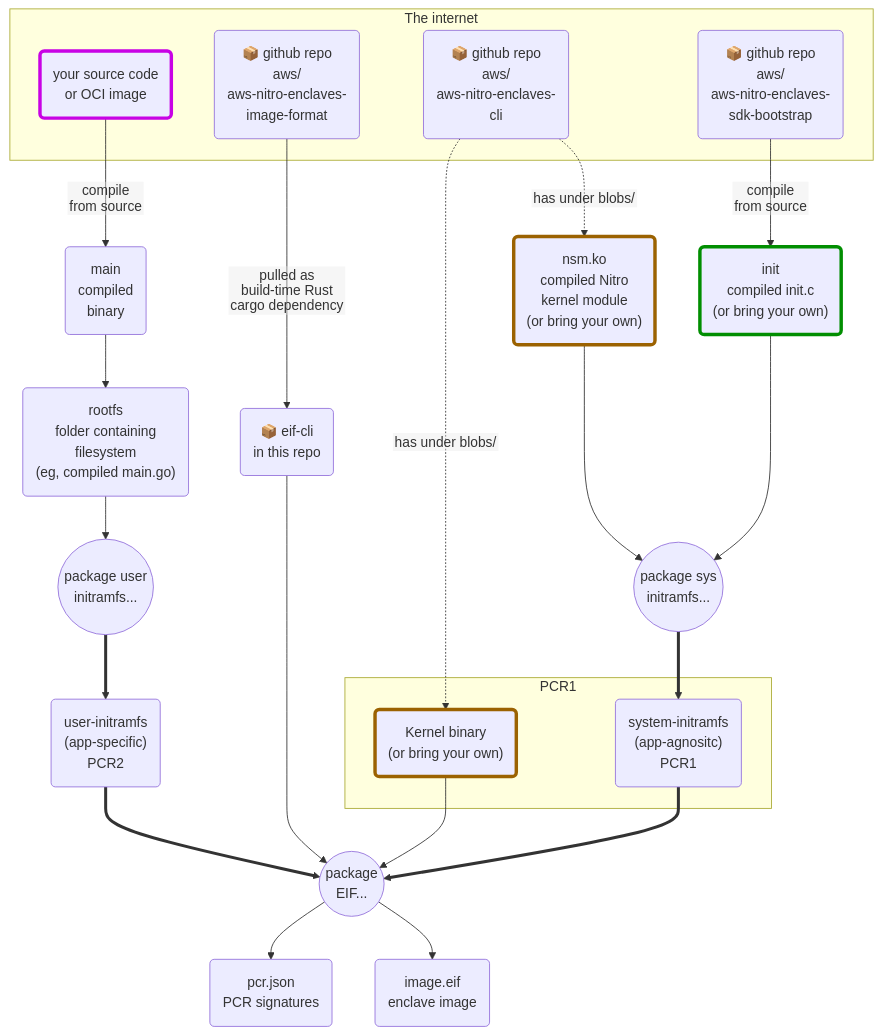
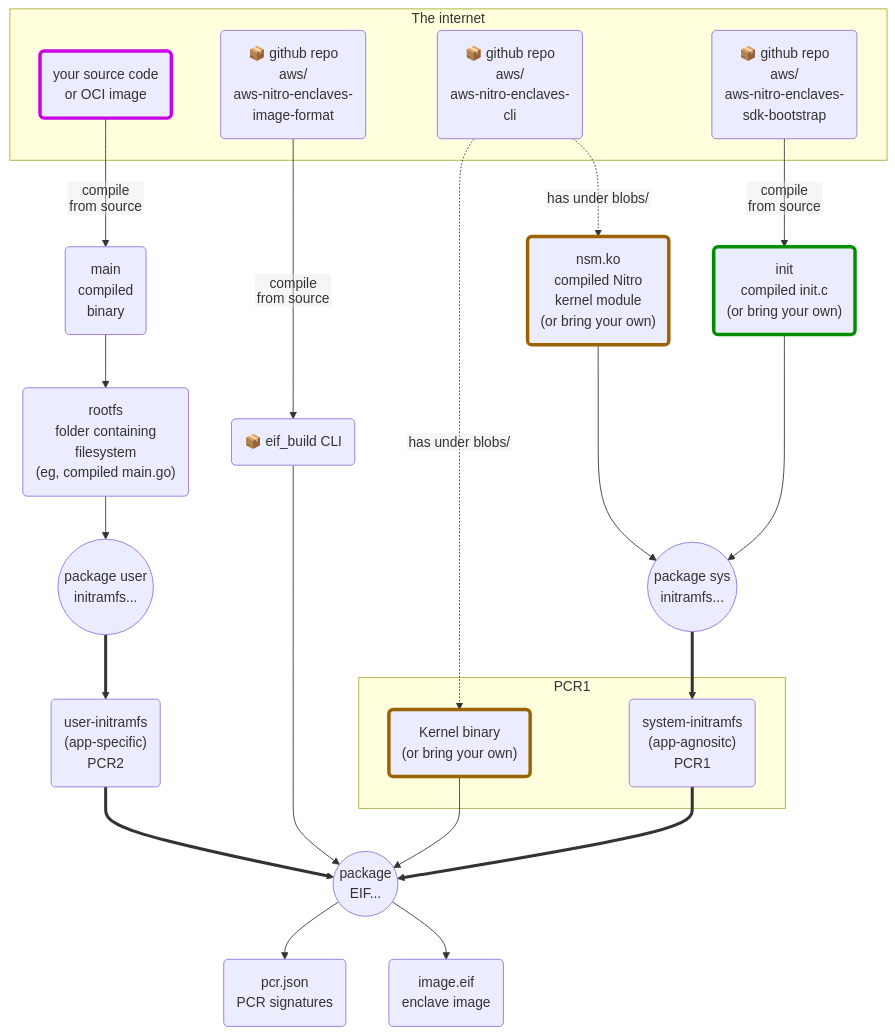
One commit to monzo/aws-nitro-util changed the diagram in README.md. Above: the diagram before and after it, drawn with Mermaid. The commit also changed other lines of this file and 5 other files, not shown here.

````diff
--- a/README.md
+++ b/README.md
@@ -74,64 +46,64 @@
 ```mermaid
 %%{init: {"flowchart": {"htmlLabels": false}} }%%
 
 graph TD
 	style yourRepo stroke:#C802E5
 	style yourRepo stroke-width:4
 
 	style initBin stroke:#018E01
 	style initBin stroke-width:4
 
 	style nsm stroke:#9B6201
 	style nsm stroke-width:4
 
 	style kernel stroke:#9B6201
 	style kernel stroke-width:4
 
 
 
 	subgraph The internet
 		eifFormatRepo("📦 github repo \n aws/ \n aws-nitro-enclaves-\nimage-format")
 		nitroCliRepo("📦 github repo \n aws/ \n aws-nitro-enclaves-\n cli")
 		bootstrapRepo("📦 github repo \n aws/ \n aws-nitro-enclaves-\nsdk-bootstrap")
 		yourRepo("your source code \n or OCI image")
 	end
 	initBin("init \n compiled init.c \n (or bring your own)")
-	eifCli("📦 eif-cli \n in this repo")
+	eifCli("📦 eif_build CLI \n")
 	nsm("nsm.ko \n compiled Nitro \n kernel module \n (or bring your own)")
 
     subgraph PCR1
         kernel("Kernel binary \n (or bring your own)")
         sysInit("system-initramfs \n (app-agnositc) \n PCR1")
 	end
     userInit("user-initramfs \n (app-specific)\n PCR2")
 	
 	rootfs("rootfs \n folder containing \n filesystem \n (eg, compiled main.go)")
 
 	doEif(("package \n EIF..."))
 	doSysInit(("package sys \n initramfs..."))
 	doUserInit(("package user \n initramfs..."))
 	
 	yourRepo -->|compile \n from source|main("main \n compiled \n binary")
 	main --> rootfs
 	bootstrapRepo -->|compile \nfrom source|initBin
 
 	nitroCliRepo -.->|has under blobs/|nsm
 	nitroCliRepo -.->|has under blobs/|kernel
 
 	rootfs --> doUserInit
 	doUserInit==> userInit
 
 	initBin --->doSysInit
 	nsm-->doSysInit
 	doSysInit ==> sysInit
 
-	eifFormatRepo ---> |pulled as \n build-time Rust \n cargo dependency|eifCli
+	eifFormatRepo ---> |compile \n from source|eifCli
 	eifCli -->doEif
 	kernel -->doEif
 	sysInit ==>doEif
 	userInit ==>doEif
 
 
 	doEif -->eif("image.eif \n enclave image")
 	doEif -->pcr("pcr.json \n PCR signatures")
 ```
````
